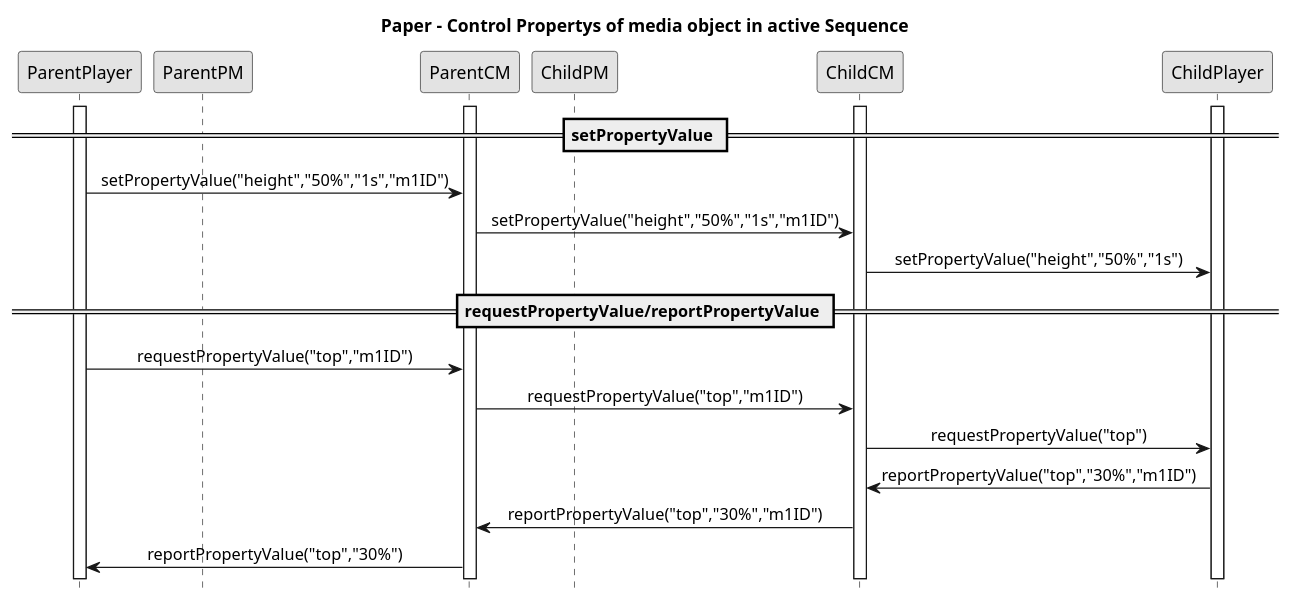
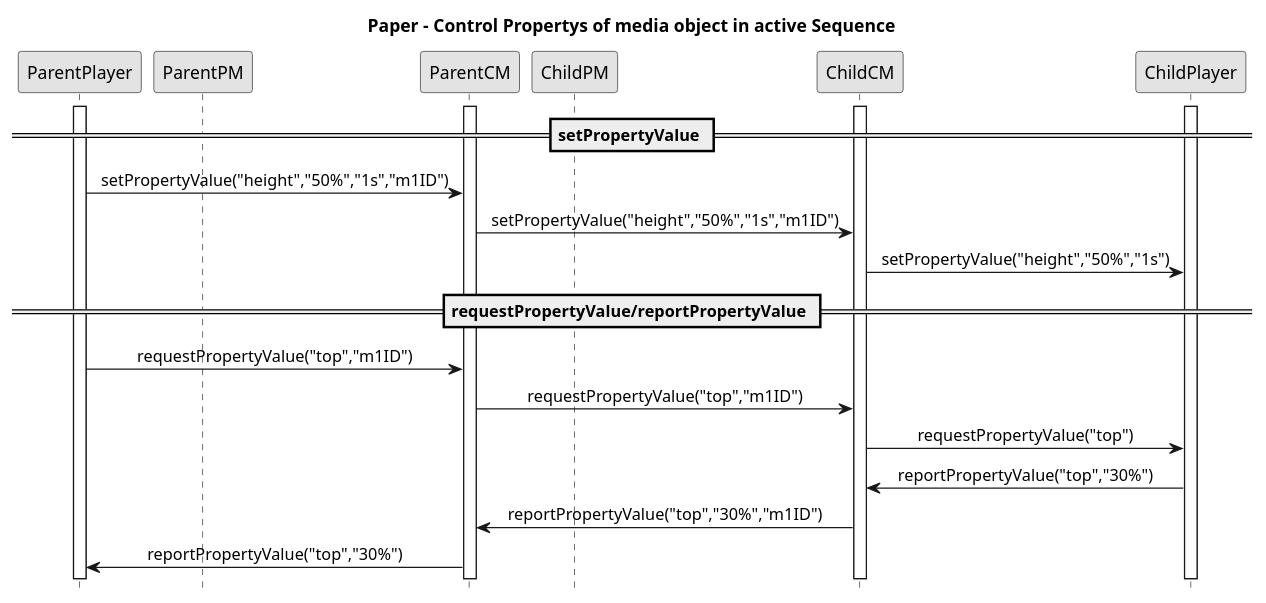
One commit to alanlivio/fsmda changed the diagram in sequence4.plantuml. Above: the diagram before and after it, drawn with PlantUML. The commit also changed 8 other files, not shown here.

Commit message:
docs: Fixes in diagrams and delete proposals.

```diff
--- a/sequence4.plantuml
+++ b/sequence4.plantuml
@@ -2,32 +2,32 @@
 @startuml
 hide footbox
 skinparam monochrome true
 skinparam sequenceMessageAlign center
 
 participant ParentPlayer
 participant ParentPM
 participant ParentCM
 participant ChildPM
 participant ChildCM
 participant ChildPlayer
 
 ''''''''''''''''''Paper - Control Propertys of media object in active Sequence'''''''''''''''''
 title Paper - Control Propertys of media object in active Sequence
 activate ParentPlayer
 activate ParentCM
 activate ChildCM
 activate ChildPlayer
 == setPropertyValue ==
 ParentPlayer->ParentCM: setPropertyValue("height","50%","1s","m1ID")
 ParentCM->ChildCM: setPropertyValue("height","50%","1s","m1ID")
 ChildCM->ChildPlayer: setPropertyValue("height","50%","1s")
 == requestPropertyValue/reportPropertyValue ==
 ParentPlayer->ParentCM: requestPropertyValue("top","m1ID")
 ParentCM->ChildCM: requestPropertyValue("top","m1ID")
 ChildCM->ChildPlayer: requestPropertyValue("top")
-ChildPlayer->ChildCM: reportPropertyValue("top","30%","m1ID")
+ChildPlayer->ChildCM: reportPropertyValue("top","30%")
 ChildCM->ParentCM: reportPropertyValue("top","30%","m1ID")
 ParentCM->ParentPlayer: reportPropertyValue("top","30%")
 
 ''''''''''''''''''Ending PLANTUML params'''''''''''''''''
 @enduml
```
